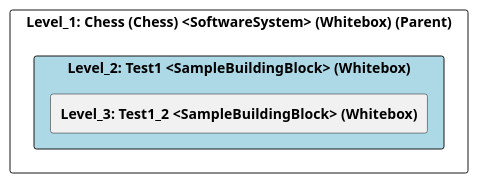
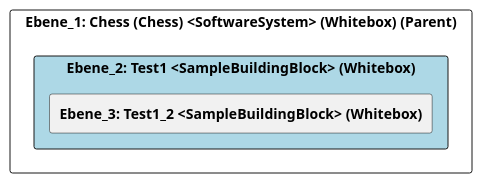
The diagram in src/cleon.architecturemethods.arc42.sample/doc/cleon_architecturemethods_arc42_sample_arc42/adoc/de/05_bausteinsicht/chess/test1/ebene_2_test1.adoc (marcozwyssig/cleon), drawn with PlantUML before and after one commit. The commit also changed other lines of this file and 150 other files, not shown here.

```diff
--- a/src/cleon.architecturemethods.arc42.sample/doc/cleon_architecturemethods_arc42_sample_arc42/adoc/de/05_bausteinsicht/chess/test1/ebene_2_test1.adoc
+++ b/src/cleon.architecturemethods.arc42.sample/doc/cleon_architecturemethods_arc42_sample_arc42/adoc/de/05_bausteinsicht/chess/test1/ebene_2_test1.adoc
@@ -22,26 +22,24 @@
-[plantuml, Level_2: Test1 <SampleBuildingBlock> (Whitebox)BlockOverview, format="svg"]
+[plantuml, Ebene_2: Test1 <SampleBuildingBlock> (Whitebox)BlockOverview, format="svg"]
 ----
-@startuml Level_2: Test1 <SampleBuildingBlock> (Whitebox)BuildingBlockOverview
+@startuml Ebene_2: Test1 <SampleBuildingBlock> (Whitebox)BuildingBlockOverview
 
 skinparam ranksep 10
 skinparam componentStyle rectangle
 skinparam shadowing false
 skinparam arrowColor lightblue
 skinparam arrowThickness 1.2
 skinparam rectangle {
   BackgroundColor White
   BorderColor #333
   RoundCorner 10
 }
 top to bottom direction
 
-component "Level_1: Chess (Chess) <SoftwareSystem> (Whitebox) (Parent)" {
-    component "Level_2: Test1 <SampleBuildingBlock> (Whitebox)" #lightblue {
-        [**Level_3: Test1_2 <SampleBuildingBlock> (Whitebox)**] as 489CD282_D579_11EE_903E_9F564E4DE07E
+component "Ebene_1: Chess (Chess) <SoftwareSystem> (Whitebox) (Parent)" {
+    component "Ebene_2: Test1 <SampleBuildingBlock> (Whitebox)" #lightblue {
+        [**Ebene_3: Test1_2 <SampleBuildingBlock> (Whitebox)**] as 489CD282_D579_11EE_903E_9F564E4DE07E
     }
-
-    
 }
 
 @enduml
 ----
```
